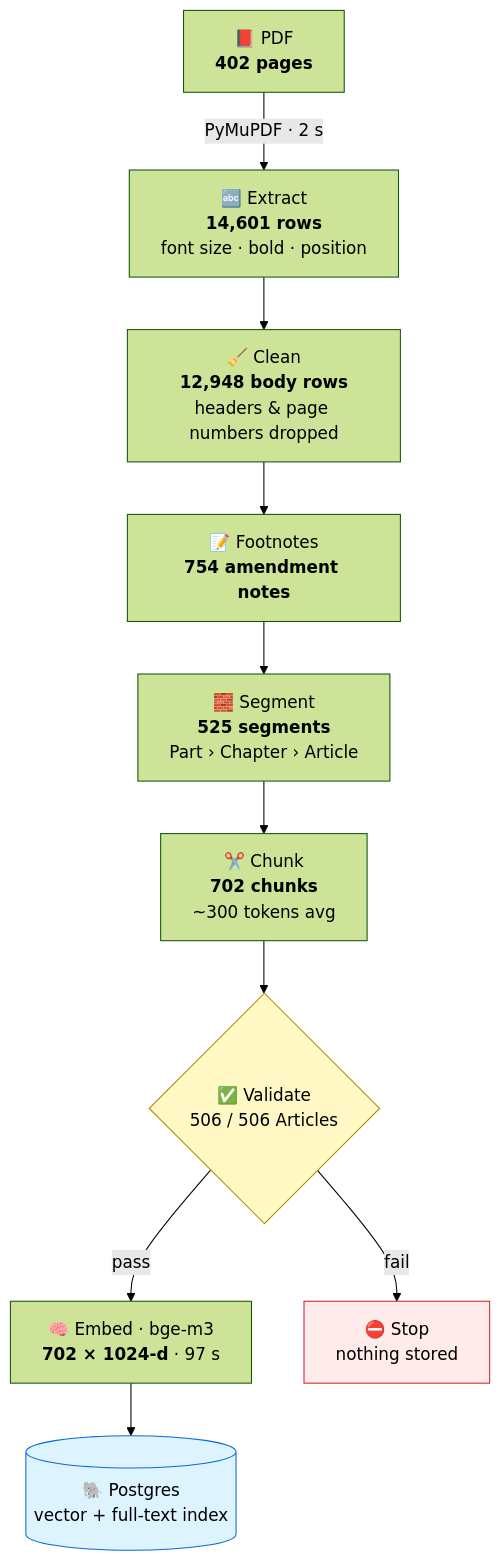
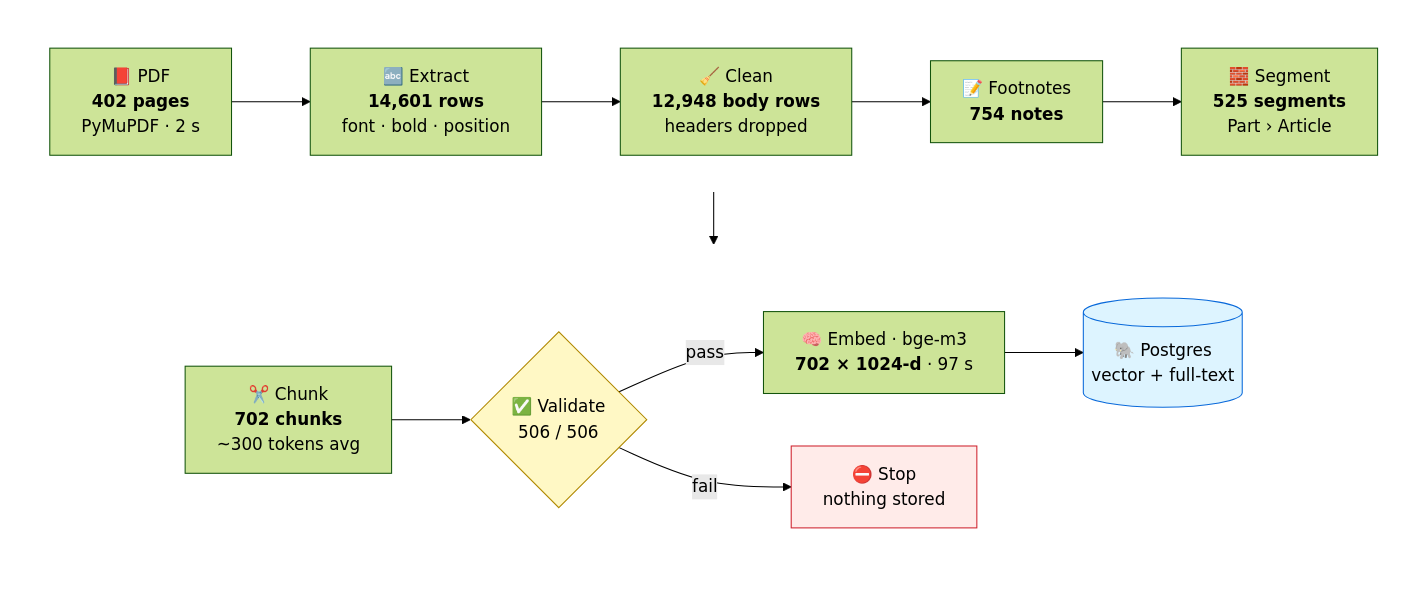
Before and after one commit to sshubham07/anuchhed-ai: the diagram in docs/diagrams/chunking-pipeline.mmd, drawn with Mermaid (forest theme). The commit also changed 14 other files, not shown here.

First line of the commit message:
docs(readme): uniform diagram sizes and a web UI section

```diff
--- a/docs/diagrams/chunking-pipeline.mmd
+++ b/docs/diagrams/chunking-pipeline.mmd
@@ -1,13 +1,16 @@
-flowchart TD
-    A["📕 PDF<br/><b>402 pages</b>"] -->|"PyMuPDF · 2 s"| B["🔤 Extract<br/><b>14,601 rows</b><br/>font size · bold · position"]
-    B --> C["🧹 Clean<br/><b>12,948 body rows</b><br/>headers & page numbers dropped"]
-    C --> D["📝 Footnotes<br/><b>754 amendment notes</b>"]
-    D --> E["🧱 Segment<br/><b>525 segments</b><br/>Part › Chapter › Article"]
-    E --> F["✂️ Chunk<br/><b>702 chunks</b><br/>~300 tokens avg"]
-    F --> G{"✅ Validate<br/>506 / 506 Articles"}
-    G -->|pass| H["🧠 Embed · bge-m3<br/><b>702 × 1024-d</b> · 97 s"]
-    G -->|fail| X["⛔ Stop<br/>nothing stored"]
-    H --> I[("🐘 Postgres<br/>vector + full-text index")]
+flowchart TB
+    subgraph ROW1 [" "]
+        direction LR
+        A["📕 PDF<br/><b>402 pages</b><br/>PyMuPDF · 2 s"] --> B["🔤 Extract<br/><b>14,601 rows</b><br/>font · bold · position"] --> C["🧹 Clean<br/><b>12,948 body rows</b><br/>headers dropped"] --> D["📝 Footnotes<br/><b>754 notes</b>"] --> E["🧱 Segment<br/><b>525 segments</b><br/>Part › Article"]
+    end
+    subgraph ROW2 [" "]
+        direction LR
+        F["✂️ Chunk<br/><b>702 chunks</b><br/>~300 tokens avg"] --> G{"✅ Validate<br/>506 / 506"} -->|pass| H["🧠 Embed · bge-m3<br/><b>702 × 1024-d</b> · 97 s"] --> I[("🐘 Postgres<br/>vector + full-text")]
+        G -->|fail| X["⛔ Stop<br/>nothing stored"]
+    end
+    ROW1 --> ROW2
+    style ROW1 fill:none,stroke:none
+    style ROW2 fill:none,stroke:none
     style G fill:#fff8c5,stroke:#b08800
     style X fill:#ffebe9,stroke:#cf222e
     style I fill:#ddf4ff,stroke:#0969da
```
